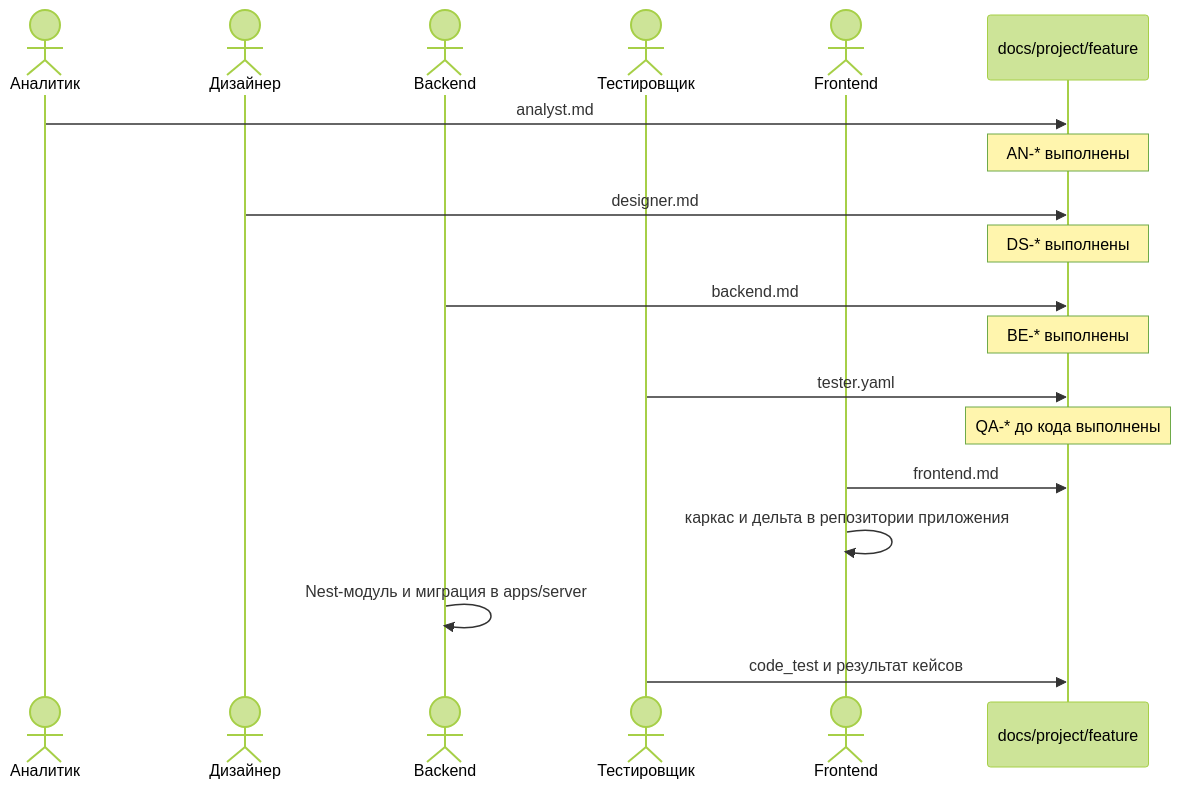
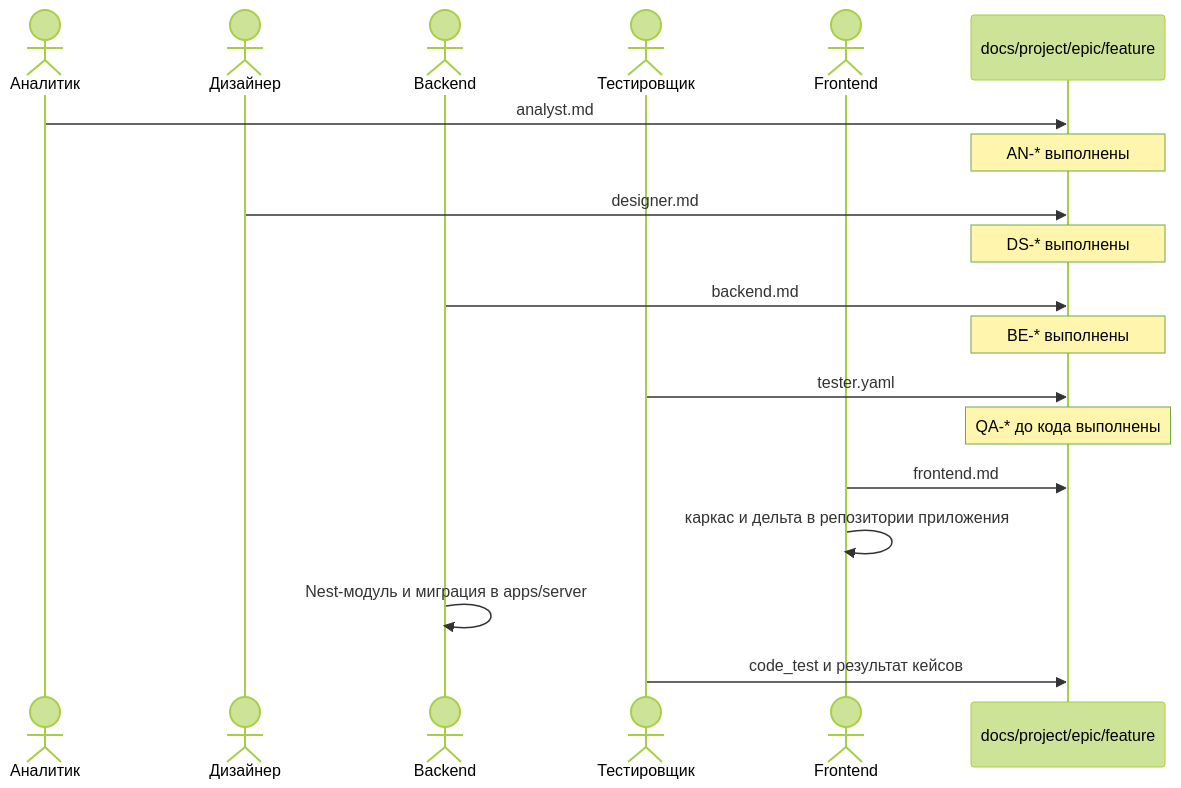
Before and after one commit to Starodubenko/sdd-visualizer: the diagram in docs/method/05-docs-repo.md, drawn with Mermaid (forest theme). The commit also changed other lines of this file and 70 other files, not shown here.

````diff
--- a/docs/method/05-docs-repo.md
+++ b/docs/method/05-docs-repo.md
@@ -32,22 +43,22 @@
 ```mermaid
 sequenceDiagram
   actor Analyst as Аналитик
   actor Designer as Дизайнер
   actor Back as Backend
   actor Tester as Тестировщик
   actor Front as Frontend
-  participant Dir as docs/project/feature
+  participant Dir as docs/project/epic/feature
 
   Analyst->>Dir: analyst.md
   Note over Dir: AN-* выполнены
   Designer->>Dir: designer.md
   Note over Dir: DS-* выполнены
   Back->>Dir: backend.md
   Note over Dir: BE-* выполнены
   Tester->>Dir: tester.yaml
   Note over Dir: QA-* до кода выполнены
   Front->>Dir: frontend.md
   Front->>Front: каркас и дельта в репозитории приложения
   Back->>Back: Nest-модуль и миграция в apps/server
   Tester->>Dir: code_test и результат кейсов
 ```
````
